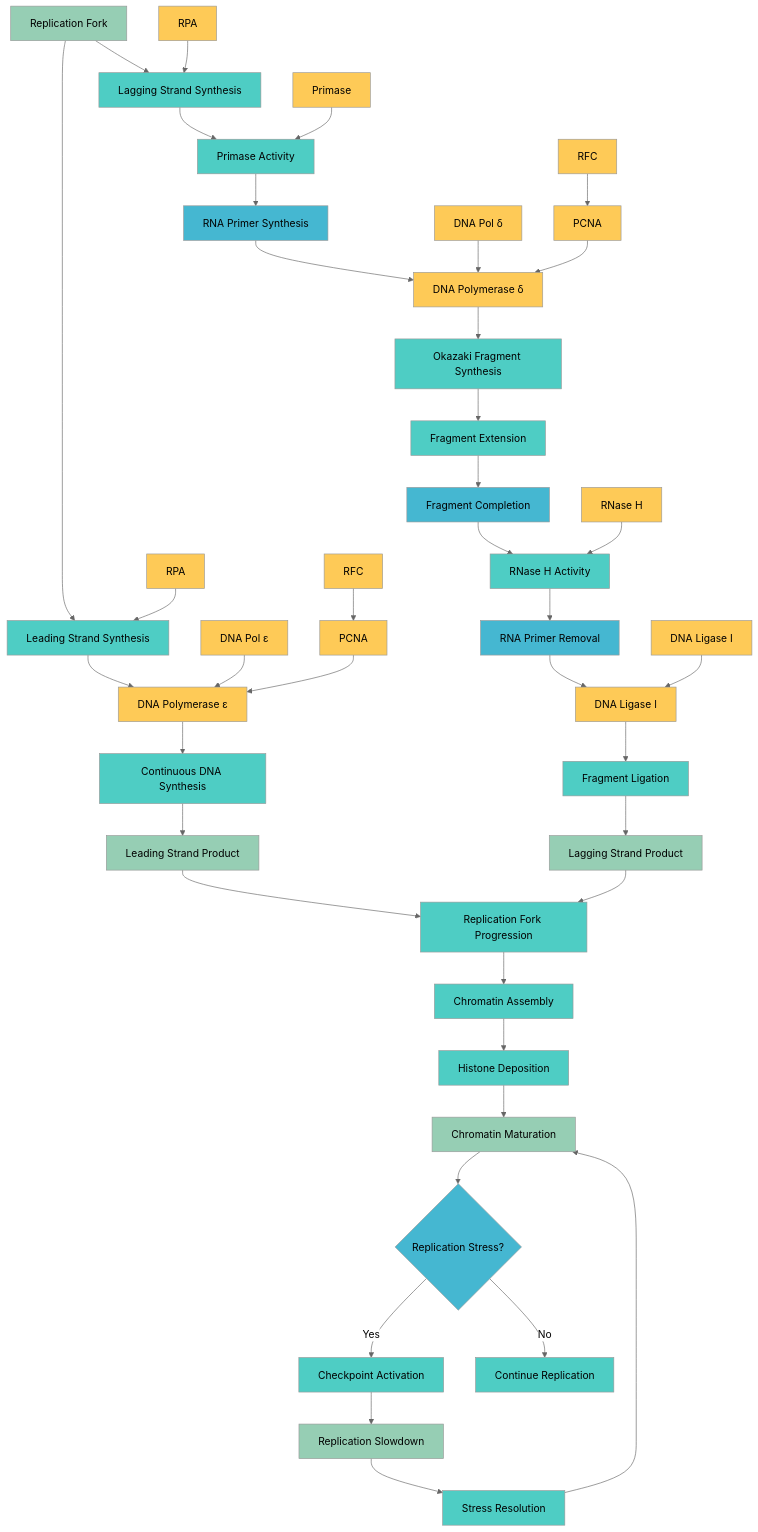
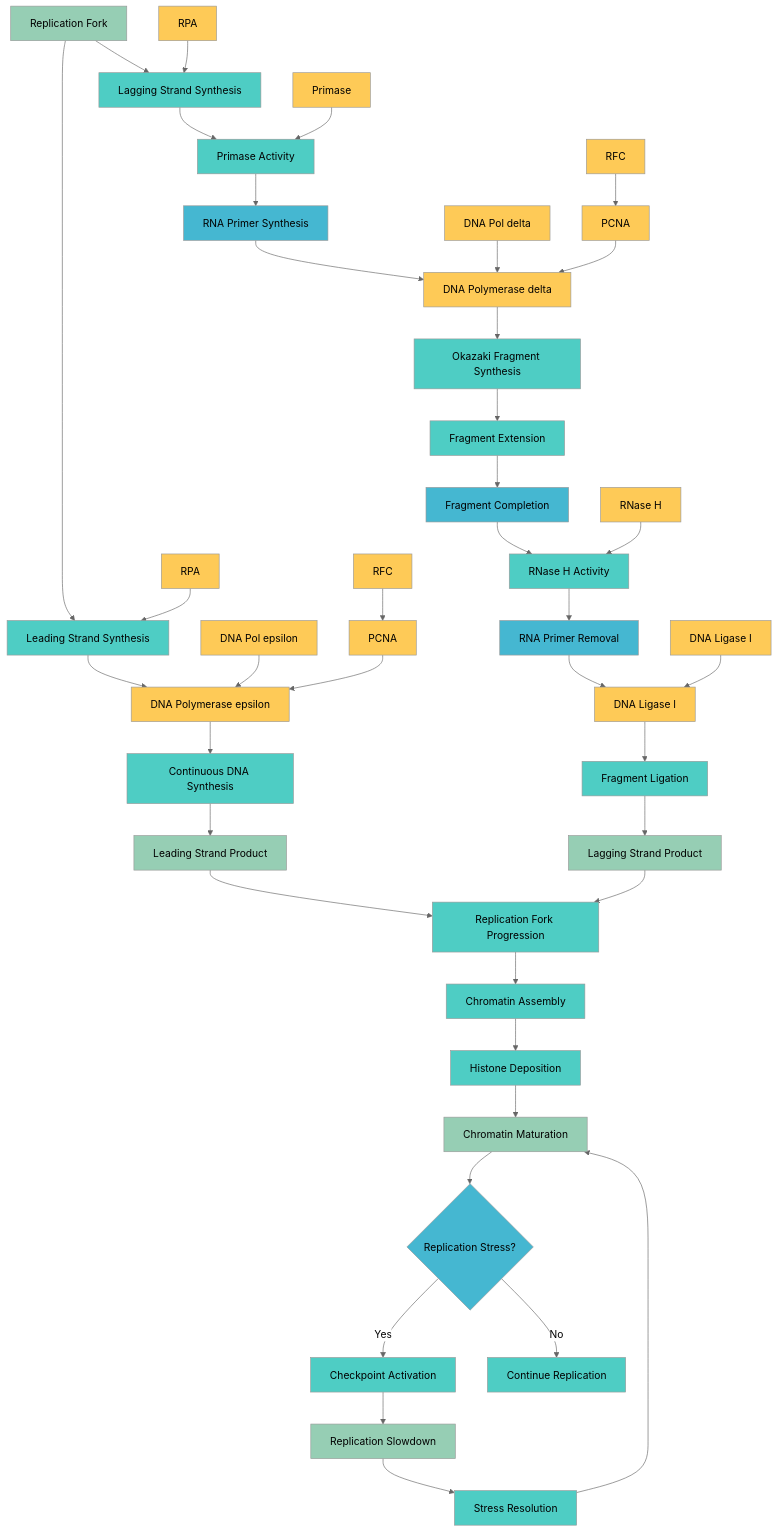
One commit to garywelz/glmp changed the diagram in docs/paper/community/contributions/new_charts/batch1_02_dna_replication_elongation.mmd. Above: the diagram before and after it, drawn with Mermaid (neutral theme). The commit also changed 30 other files, not shown here.

Commit message:
Update greek letters and prime notation in multiple diagrams

```diff
--- a/docs/paper/community/contributions/new_charts/batch1_02_dna_replication_elongation.mmd
+++ b/docs/paper/community/contributions/new_charts/batch1_02_dna_replication_elongation.mmd
@@ -1,86 +1,86 @@
 graph TD
     A[Replication Fork] --> B[Leading Strand Synthesis]
     A --> C[Lagging Strand Synthesis]
     
-    B --> D[DNA Polymerase ε]
+    B --> D[DNA Polymerase epsilon]
     D --> E[Continuous DNA Synthesis]
     E --> F[Leading Strand Product]
     
     C --> G[Primase Activity]
     G --> H[RNA Primer Synthesis]
-    H --> I[DNA Polymerase δ]
+    H --> I[DNA Polymerase delta]
     I --> J[Okazaki Fragment Synthesis]
     J --> K[Fragment Extension]
     K --> L[Fragment Completion]
     L --> M[RNase H Activity]
     M --> N[RNA Primer Removal]
     N --> O[DNA Ligase I]
     O --> P[Fragment Ligation]
     P --> Q[Lagging Strand Product]
     
     F --> R[Replication Fork Progression]
     Q --> R
     R --> S[Chromatin Assembly]
     S --> T[Histone Deposition]
     T --> U[Chromatin Maturation]
     
     %% Replication stress response
     U --> V{Replication Stress?}
     V -->|Yes| W[Checkpoint Activation]
     W --> X[Replication Slowdown]
     X --> Y[Stress Resolution]
     Y --> U
     
     V -->|No| Z[Continue Replication]
     
     %% Key proteins
-    AA[DNA Pol ε] --> D
-    BB[DNA Pol δ] --> I
+    AA[DNA Pol epsilon] --> D
+    BB[DNA Pol delta] --> I
     CC[Primase] --> G
     DD[RNase H] --> M
     EE[DNA Ligase I] --> O
     FF[PCNA] --> D
     GG[PCNA] --> I
     HH[RPA] --> B
     II[RPA] --> C
     JJ[RFC] --> FF
     KK[RFC] --> GG
     
     %% Styling
     style A fill:#96ceb4
     style B fill:#4ecdc4
     style C fill:#4ecdc4
     style D fill:#feca57
     style E fill:#4ecdc4
     style F fill:#96ceb4
     style G fill:#4ecdc4
     style H fill:#45b7d1
     style I fill:#feca57
     style J fill:#4ecdc4
     style K fill:#4ecdc4
     style L fill:#45b7d1
     style M fill:#4ecdc4
     style N fill:#45b7d1
     style O fill:#feca57
     style P fill:#4ecdc4
     style Q fill:#96ceb4
     style R fill:#4ecdc4
     style S fill:#4ecdc4
     style T fill:#4ecdc4
     style U fill:#96ceb4
     style V fill:#45b7d1
     style W fill:#4ecdc4
     style X fill:#96ceb4
     style Y fill:#4ecdc4
     style Z fill:#4ecdc4
     style AA fill:#feca57
     style BB fill:#feca57
     style CC fill:#feca57
     style DD fill:#feca57
     style EE fill:#feca57
     style FF fill:#feca57
     style GG fill:#feca57
     style HH fill:#feca57
     style II fill:#feca57
     style JJ fill:#feca57
     style KK fill:#feca57
```
